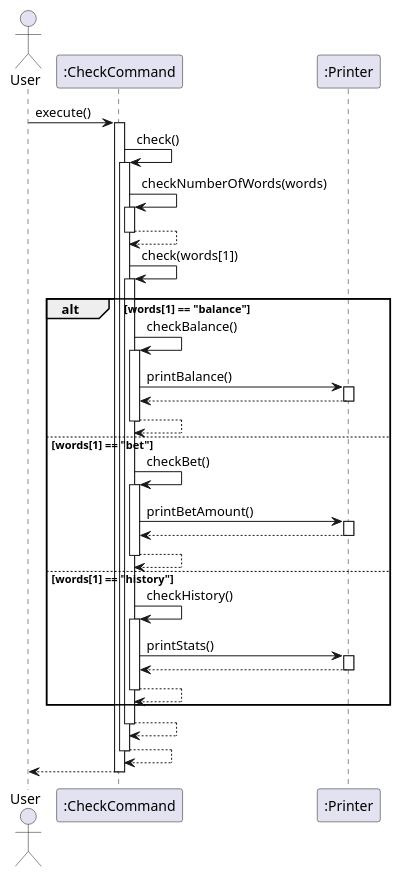
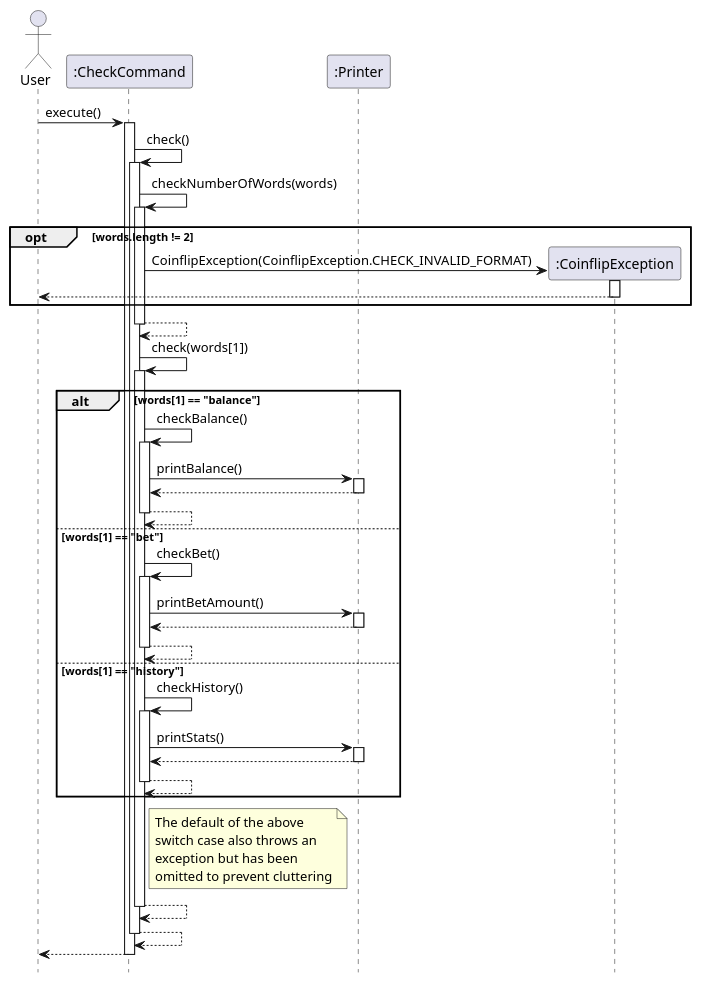
Before and after one commit to timothyloh0523/tp: the diagram in docs/diagrams/check.puml, drawn with PlantUML. The commit also changed 16 other files, not shown here.

```diff
--- a/docs/diagrams/check.puml
+++ b/docs/diagrams/check.puml
@@ -1,53 +1,68 @@
 @startuml
 actor User as User
+hide footbox
 participant CheckCommand as ":CheckCommand"
 participant Printer as ":Printer"
+participant CoinflipException as ":CoinflipException"
 
 User -> CheckCommand: execute()
 activate CheckCommand
 
 
 CheckCommand -> CheckCommand: check()
 activate CheckCommand
 CheckCommand -> CheckCommand: checkNumberOfWords(words)
 activate CheckCommand
+opt words.length != 2
+create CoinflipException
+CheckCommand -> CoinflipException : CoinflipException(CoinflipException.CHECK_INVALID_FORMAT)
+activate CoinflipException
+CoinflipException --> User
+deactivate CoinflipException
+end
 CheckCommand --> CheckCommand
 deactivate CheckCommand
 CheckCommand -> CheckCommand: check(words[1])
 activate CheckCommand
 alt words[1] == "balance"
     CheckCommand -> CheckCommand: checkBalance()
     activate CheckCommand
     CheckCommand -> Printer: printBalance()
     activate Printer
     Printer --> CheckCommand
     deactivate Printer
     CheckCommand --> CheckCommand
     deactivate CheckCommand
 else words[1] == "bet"
     CheckCommand -> CheckCommand: checkBet()
     activate CheckCommand
     CheckCommand -> Printer: printBetAmount()
     activate Printer
     Printer --> CheckCommand
     deactivate Printer
     CheckCommand --> CheckCommand
     deactivate CheckCommand
 else words[1] == "history"
     CheckCommand -> CheckCommand: checkHistory()
     activate CheckCommand
     CheckCommand -> Printer: printStats()
     activate Printer
     Printer --> CheckCommand
     deactivate Printer
     CheckCommand --> CheckCommand
     deactivate CheckCommand
 end
+note right of CheckCommand
+The default of the above
+switch case also throws an
+exception but has been
+omitted to prevent cluttering
+end note
 CheckCommand --> CheckCommand
 deactivate CheckCommand
 
 CheckCommand --> CheckCommand
 deactivate CheckCommand
 CheckCommand --> User
 deactivate CheckCommand
 @enduml
```
